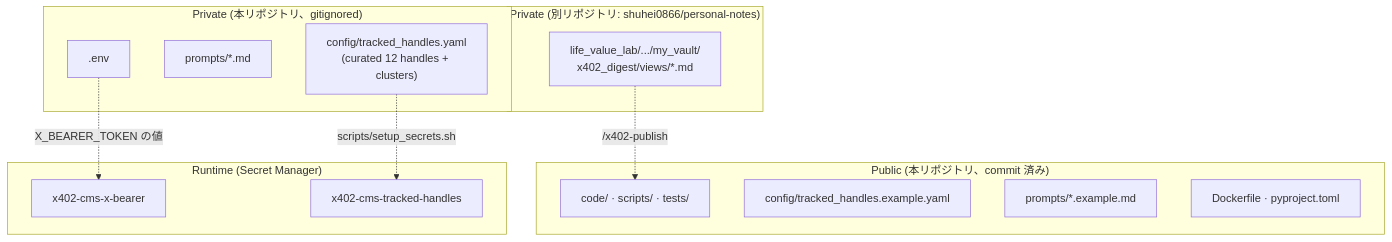
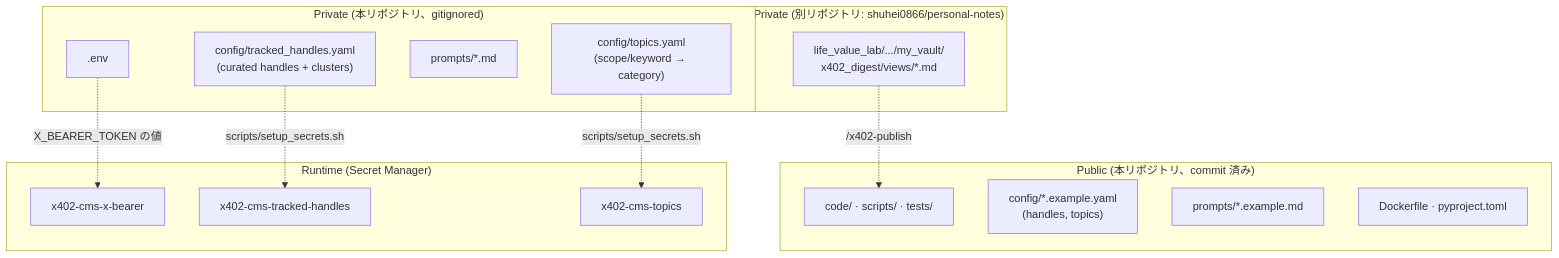
One commit to shuhei0866/x402-cms changed the fifth of 5 diagrams in docs/architecture.ja.md. Above: the diagram before and after it, drawn with Mermaid. The commit also changed other lines of this file and 3 other files, not shown here.

First line of the commit message:
docs: refresh README + architecture to the shipped state

````diff
--- a/docs/architecture.ja.md
+++ b/docs/architecture.ja.md
@@ -316,28 +360,31 @@
 ```mermaid
 graph TB
   subgraph PubOSS["Public (本リポジトリ、commit 済み)"]
     Code["code/ · scripts/ · tests/"]
-    OSSCfg["config/tracked_handles.example.yaml"]
+    OSSCfg["config/*.example.yaml<br/>(handles, topics)"]
     OSSPrompt["prompts/*.example.md"]
     Infra["Dockerfile · pyproject.toml"]
   end
 
   subgraph Repo["Private (本リポジトリ、gitignored)"]
-    RealHandles["config/tracked_handles.yaml<br/>(curated 12 handles + clusters)"]
+    RealHandles["config/tracked_handles.yaml<br/>(curated handles + clusters)"]
+    RealTopics["config/topics.yaml<br/>(scope/keyword → category)"]
     RealPrompts["prompts/*.md"]
     Env[".env"]
   end
 
   subgraph NotesRepo["Private (別リポジトリ: shuhei0866/personal-notes)"]
     VaultPath["life_value_lab/.../my_vault/<br/>x402_digest/views/*.md"]
   end
 
   subgraph Runtime["Runtime (Secret Manager)"]
     SecBearer["x402-cms-x-bearer"]
     SecHandles["x402-cms-tracked-handles"]
+    SecTopics["x402-cms-topics"]
   end
 
   RealHandles -.->|"scripts/setup_secrets.sh"| SecHandles
+  RealTopics -.->|"scripts/setup_secrets.sh"| SecTopics
   Env -.->|"X_BEARER_TOKEN の値"| SecBearer
   VaultPath -.->|"/x402-publish"| Code
 ```
````
